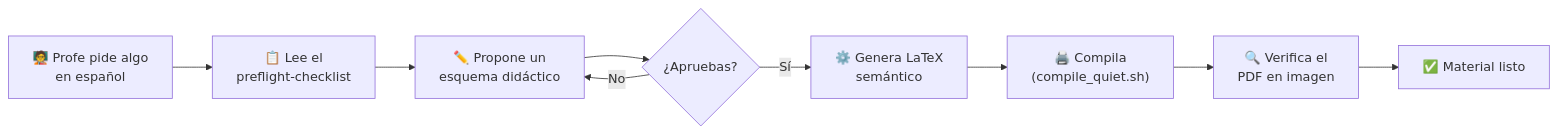
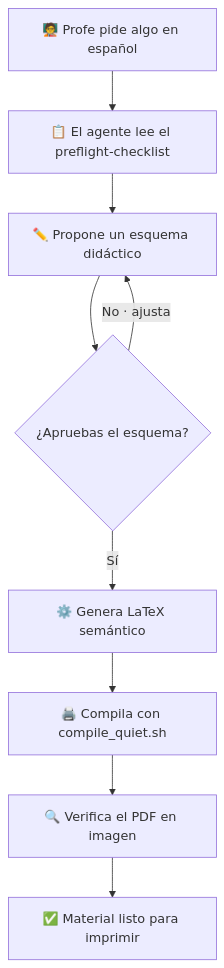
One commit to juandiegoandres/guias-del-profe-kit changed the first of 2 diagrams in README.md. Above: the diagram before and after it, drawn with Mermaid. The commit also changed other lines of this file and 8 other files, not shown here.

````diff
--- a/README.md
+++ b/README.md
@@ -52,11 +52,11 @@
 ```mermaid
-flowchart LR
-  A["🧑‍🏫 Profe pide algo<br/>en español"] --> B["📋 Lee el<br/>preflight-checklist"]
-  B --> C["✏️ Propone un<br/>esquema didáctico"]
-  C --> D{"¿Apruebas?"}
-  D -- "No" --> C
-  D -- "Sí" --> E["⚙️ Genera LaTeX<br/>semántico"]
-  E --> F["🖨️ Compila<br/>(compile_quiet.sh)"]
-  F --> G["🔍 Verifica el<br/>PDF en imagen"]
-  G --> H["✅ Material listo"]
+flowchart TD
+  A["🧑‍🏫 Profe pide algo en español"] --> B["📋 El agente lee el preflight-checklist"]
+  B --> C["✏️ Propone un esquema didáctico"]
+  C --> D{"¿Apruebas el esquema?"}
+  D -- "No · ajusta" --> C
+  D -- "Sí" --> E["⚙️ Genera LaTeX semántico"]
+  E --> F["🖨️ Compila con compile_quiet.sh"]
+  F --> G["🔍 Verifica el PDF en imagen"]
+  G --> H["✅ Material listo para imprimir"]
 ```
````
